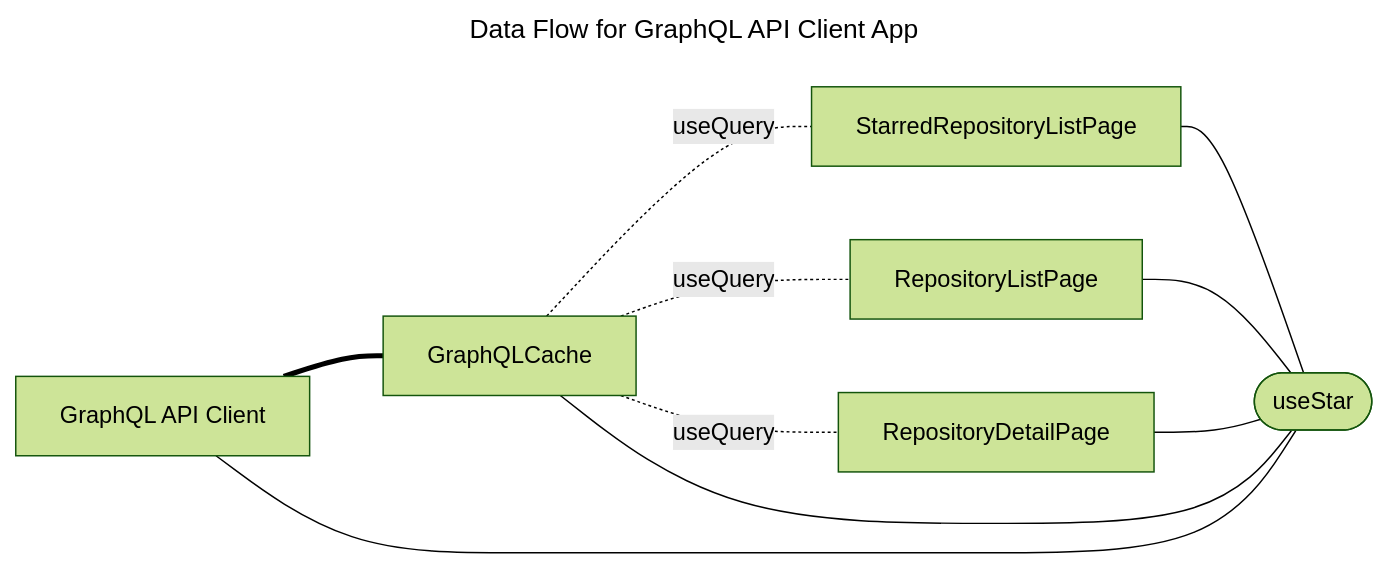
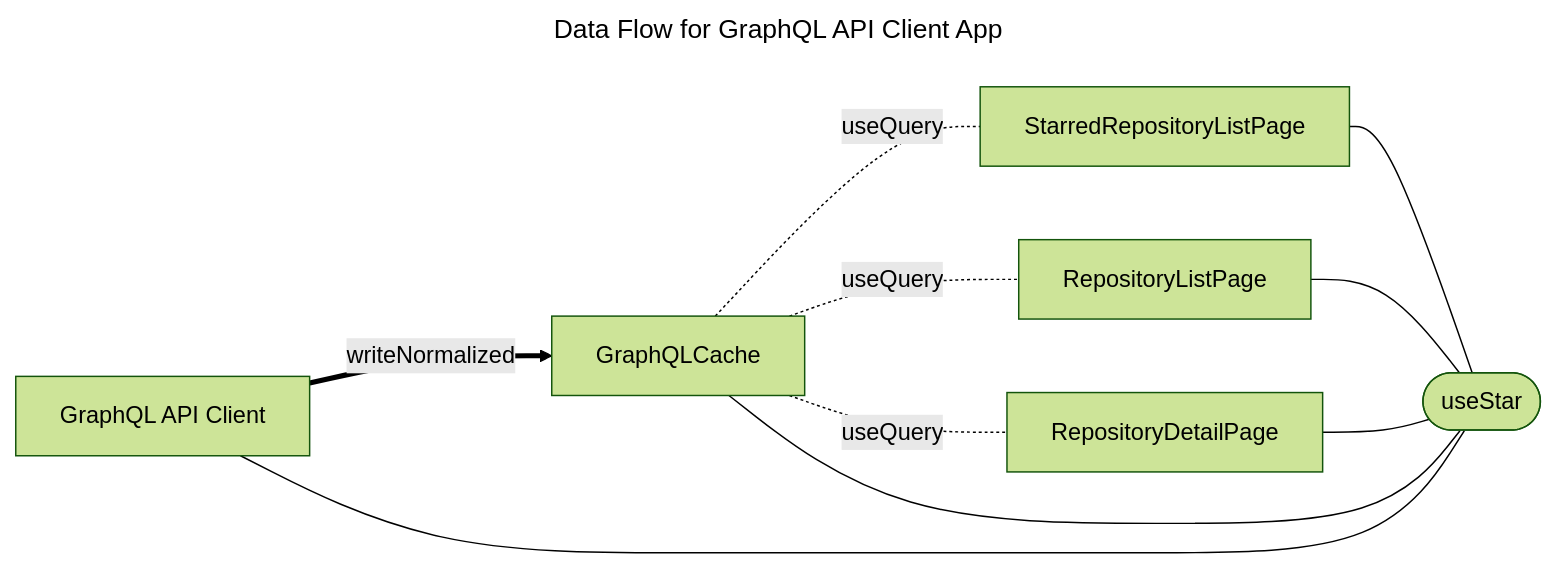
Before and after one commit to dev-tatsuya/flutter_github_client: the first of 2 diagrams in README.md, drawn with Mermaid (forest theme).

Commit message:
docs: README.md へ追記

````diff
--- a/README.md
+++ b/README.md
@@ -4,15 +4,15 @@
 ```mermaid
 ---
 title: Data Flow for GraphQL API Client App
 ---
 graph LR
 
 api[GraphQL API Client]
 cache[GraphQLCache]
 page1[StarredRepositoryListPage]
 page2[RepositoryListPage]
 page3[RepositoryDetailPage]
 star([useStar])
 
-api === cache -. useQuery .- page1 & page2 & page3 --- star --- api & cache
+api == writeNormalized ==> cache -. useQuery .- page1 & page2 & page3 --- star --- api & cache
 ```
````
